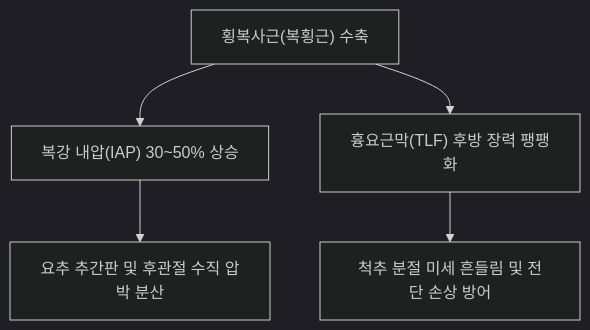
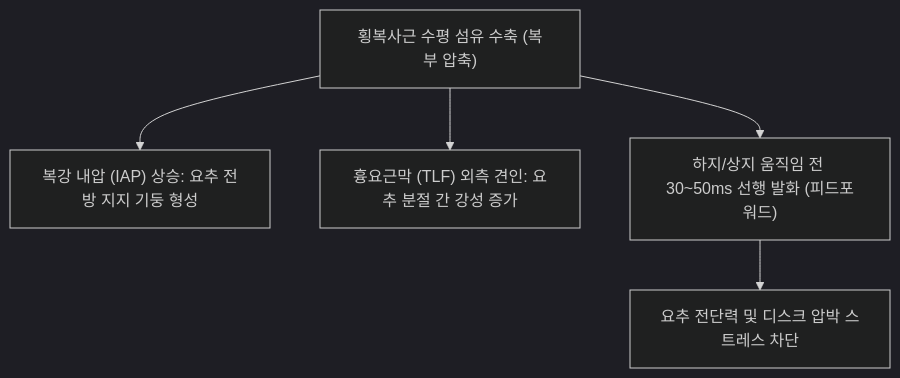
The diagram in content/1. 근골격계 공부/근육/(10) 둔부/횡복사근.md (simbio11/simbio-digital-garden2), drawn with Mermaid (dark theme) before and after one commit. The commit also changed other lines of this file and 150 other files, not shown here.

````diff
--- a/content/1. 근골격계 공부/근육/(10) 둔부/횡복사근.md
+++ b/content/1. 근골격계 공부/근육/(10) 둔부/횡복사근.md
@@ -53,7 +57,7 @@
 ```mermaid
 graph TD
-    TransversusContraction["횡복사근(복횡근) 수축"] --> IAPIncrease["복강 내압(IAP) 30~50% 상승"]
-    IAPIncrease --> LumbarDecompression["요추 추간판 및 후관절 수직 압박 분산"]
-    TransversusContraction --> TLFTensioning["흉요근막(TLF) 후방 장력 팽팽화"]
-    TLFTensioning --> SegmentalLock["척추 분절 미세 흔들림 및 전단 손상 방어"]
+    TransversusContraction["횡복사근 수평 섬유 수축 (복부 압축)"] --> IAPIncrease["복강 내압 (IAP) 상승: 요추 전방 지지 기둥 형성"]
+    TransversusContraction --> TLFTension["흉요근막 (TLF) 외측 견인: 요추 분절 간 강성 증가"]
+    TransversusContraction --> FeedforwardStab["하지/상지 움직임 전 30~50ms 선행 발화 (피드포워드)"]
+    FeedforwardStab --> SpinalProtection["요추 전단력 및 디스크 압박 스트레스 차단"]
 ```
````
